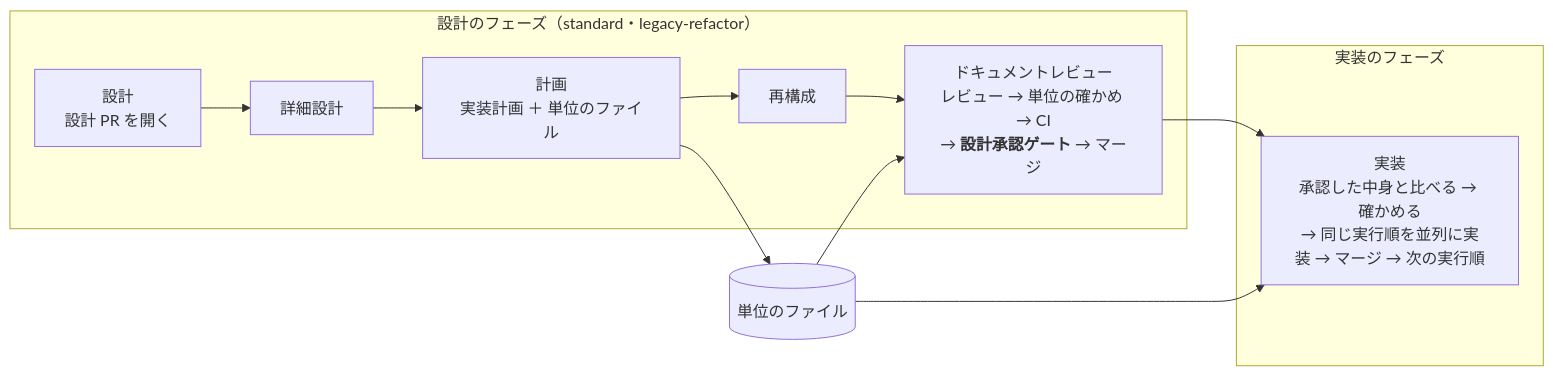
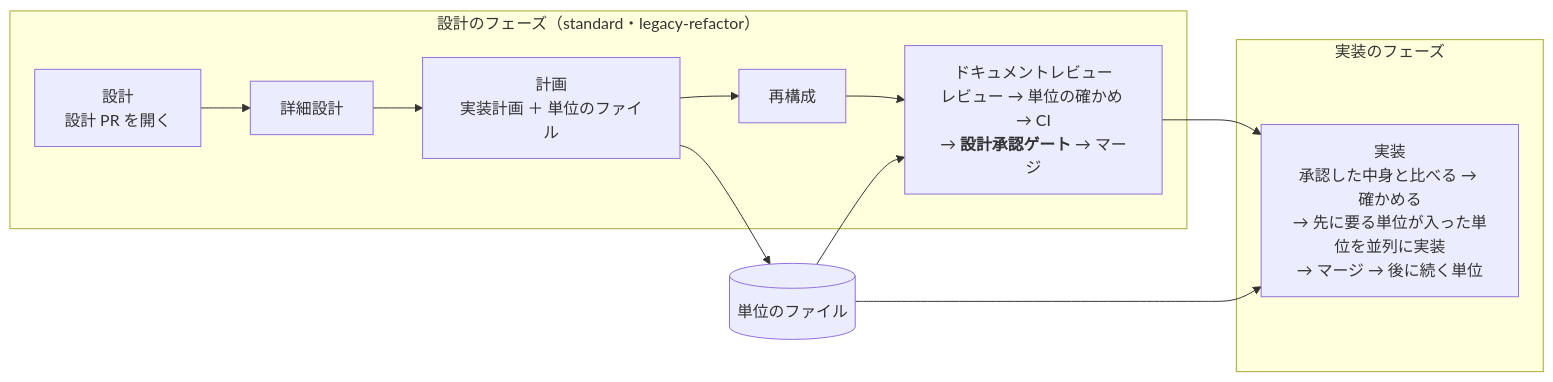
One commit to devbasex/ai-plugins changed the second of 4 diagrams in issues/issue-3702-design.md. Above: the diagram before and after it, drawn with Mermaid. The commit also changed other lines of this file and 3 other files, not shown here.

````diff
--- a/issues/issue-3702-design.md
+++ b/issues/issue-3702-design.md
@@ -52,14 +52,14 @@
 ```mermaid
 flowchart LR
   subgraph D["設計のフェーズ（standard・legacy-refactor）"]
     S["設計<br/>設計 PR を開く"] --> DD[詳細設計] --> P["計画<br/>実装計画 ＋ 単位のファイル"] --> RB[再構成] --> DR["ドキュメントレビュー<br/>レビュー → 単位の確かめ → CI<br/>→ <b>設計承認ゲート</b> → マージ"]
   end
   F[("単位のファイル")]
   subgraph I["実装のフェーズ"]
-    IM["実装<br/>承認した中身と比べる → 確かめる<br/>→ 同じ実行順を並列に実装 → マージ → 次の実行順"]
+    IM["実装<br/>承認した中身と比べる → 確かめる<br/>→ 先に要る単位が入った単位を並列に実装<br/>→ マージ → 後に続く単位"]
   end
   P --> F
   F --> DR
   F --> IM
   DR --> IM
 ```
````
